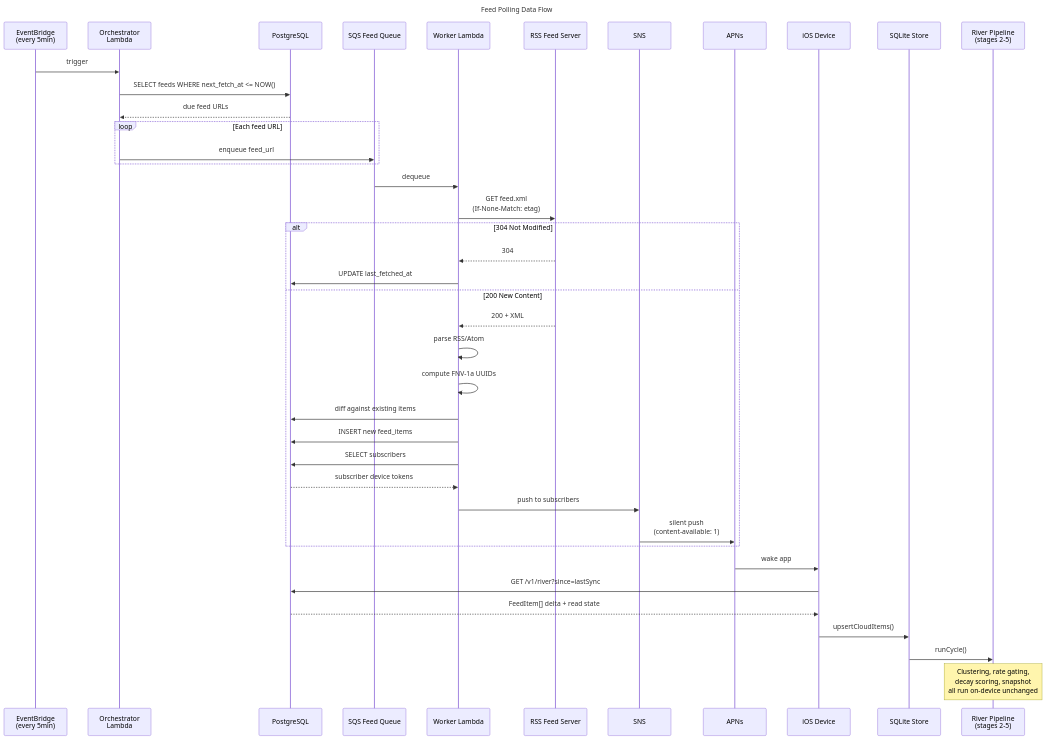
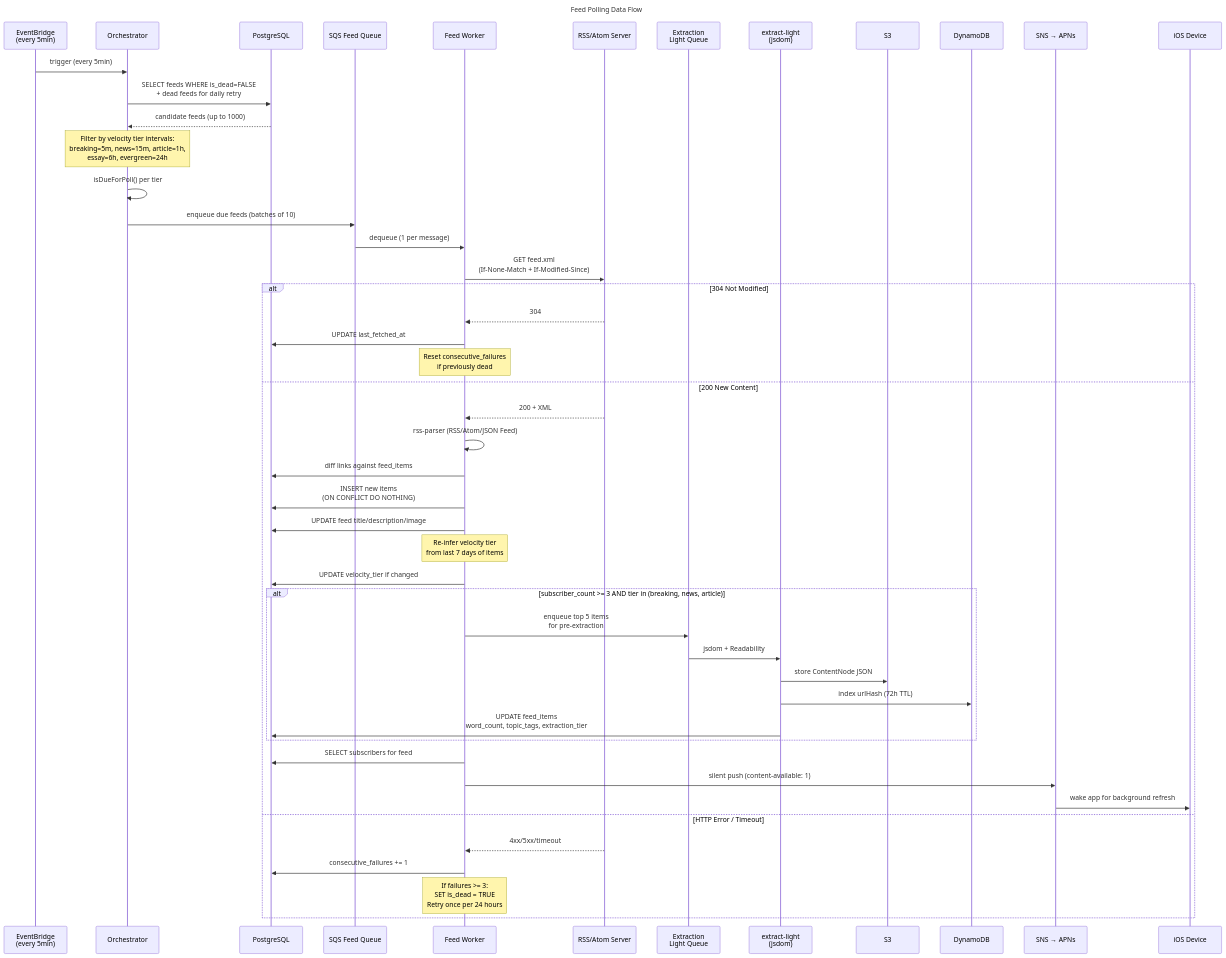
The diagram in diagrams/data-flow-polling.mmd (dsehsani/apple-rss-reader), drawn with Mermaid before and after one commit. The commit also changed 3 other files, not shown here.

Commit message:
docs: Update Mermaid diagrams to reflect current cloud architecture

```diff
--- a/diagrams/data-flow-polling.mmd
+++ b/diagrams/data-flow-polling.mmd
@@ -1,46 +1,60 @@
 ---
 title: Feed Polling Data Flow
 ---
 sequenceDiagram
     participant EB as EventBridge<br/>(every 5min)
-    participant Orch as Orchestrator<br/>Lambda
+    participant Orch as Orchestrator
     participant PG as PostgreSQL
     participant SQS as SQS Feed Queue
-    participant Worker as Worker Lambda
-    participant Feed as RSS Feed Server
-    participant SNS as SNS
-    participant APNs as APNs
+    participant Worker as Feed Worker
+    participant Feed as RSS/Atom Server
+    participant ExtQ as Extraction<br/>Light Queue
+    participant ExtL as extract-light<br/>(jsdom)
+    participant S3 as S3
+    participant DDB as DynamoDB
+    participant SNS as SNS → APNs
     participant Device as iOS Device
-    participant SQLite as SQLite Store
-    participant Pipeline as River Pipeline<br/>(stages 2-5)
 
-    EB->>Orch: trigger
-    Orch->>PG: SELECT feeds WHERE next_fetch_at <= NOW()
-    PG-->>Orch: due feed URLs
-    loop Each feed URL
-        Orch->>SQS: enqueue feed_url
-    end
+    EB->>Orch: trigger (every 5min)
+    Orch->>PG: SELECT feeds WHERE is_dead=FALSE<br/>+ dead feeds for daily retry
+    PG-->>Orch: candidate feeds (up to 1000)
 
-    SQS->>Worker: dequeue
-    Worker->>Feed: GET feed.xml<br/>(If-None-Match: etag)
+    Note over Orch: Filter by velocity tier intervals:<br/>breaking=5m, news=15m, article=1h,<br/>essay=6h, evergreen=24h
+
+    Orch->>Orch: isDueForPoll() per tier
+    Orch->>SQS: enqueue due feeds (batches of 10)
+
+    SQS->>Worker: dequeue (1 per message)
+    Worker->>Feed: GET feed.xml<br/>(If-None-Match + If-Modified-Since)
+
     alt 304 Not Modified
         Feed-->>Worker: 304
         Worker->>PG: UPDATE last_fetched_at
+        Note over Worker: Reset consecutive_failures<br/>if previously dead
     else 200 New Content
         Feed-->>Worker: 200 + XML
-        Worker->>Worker: parse RSS/Atom
-        Worker->>Worker: compute FNV-1a UUIDs
-        Worker->>PG: diff against existing items
-        Worker->>PG: INSERT new feed_items
-        Worker->>PG: SELECT subscribers
-        PG-->>Worker: subscriber device tokens
-        Worker->>SNS: push to subscribers
-        SNS->>APNs: silent push<br/>(content-available: 1)
+        Worker->>Worker: rss-parser (RSS/Atom/JSON Feed)
+        Worker->>PG: diff links against feed_items
+        Worker->>PG: INSERT new items<br/>(ON CONFLICT DO NOTHING)
+        Worker->>PG: UPDATE feed title/description/image
+
+        Note over Worker: Re-infer velocity tier<br/>from last 7 days of items
+
+        Worker->>PG: UPDATE velocity_tier if changed
+
+        alt subscriber_count >= 3 AND tier in (breaking, news, article)
+            Worker->>ExtQ: enqueue top 5 items<br/>for pre-extraction
+            ExtQ->>ExtL: jsdom + Readability
+            ExtL->>S3: store ContentNode JSON
+            ExtL->>DDB: index urlHash (72h TTL)
+            ExtL->>PG: UPDATE feed_items<br/>word_count, topic_tags, extraction_tier
+        end
+
+        Worker->>PG: SELECT subscribers for feed
+        Worker->>SNS: silent push (content-available: 1)
+        SNS->>Device: wake app for background refresh
+    else HTTP Error / Timeout
+        Feed-->>Worker: 4xx/5xx/timeout
+        Worker->>PG: consecutive_failures += 1
+        Note over Worker: If failures >= 3:<br/>SET is_dead = TRUE<br/>Retry once per 24 hours
     end
-
-    APNs->>Device: wake app
-    Device->>PG: GET /v1/river?since=lastSync
-    PG-->>Device: FeedItem[] delta + read state
-    Device->>SQLite: upsertCloudItems()
-    SQLite->>Pipeline: runCycle()
-    Note over Pipeline: Clustering, rate gating,<br/>decay scoring, snapshot<br/>all run on-device unchanged
```
